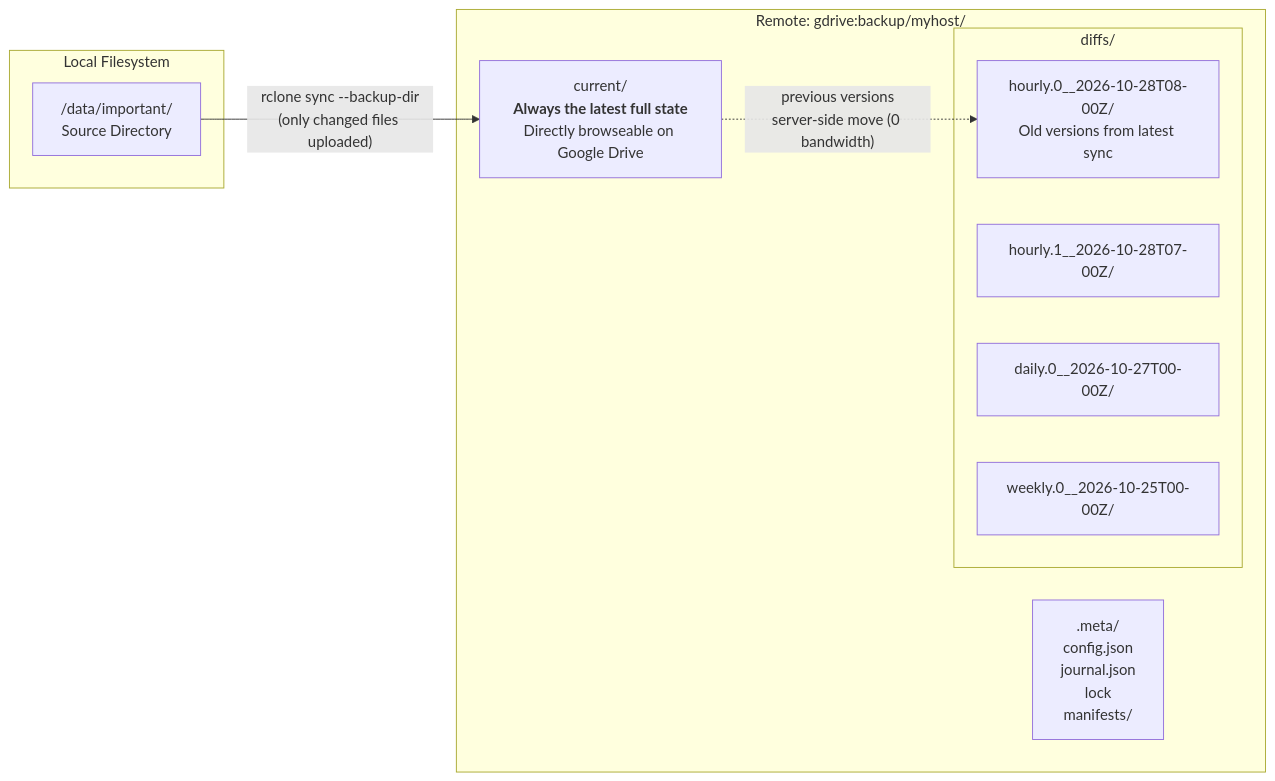
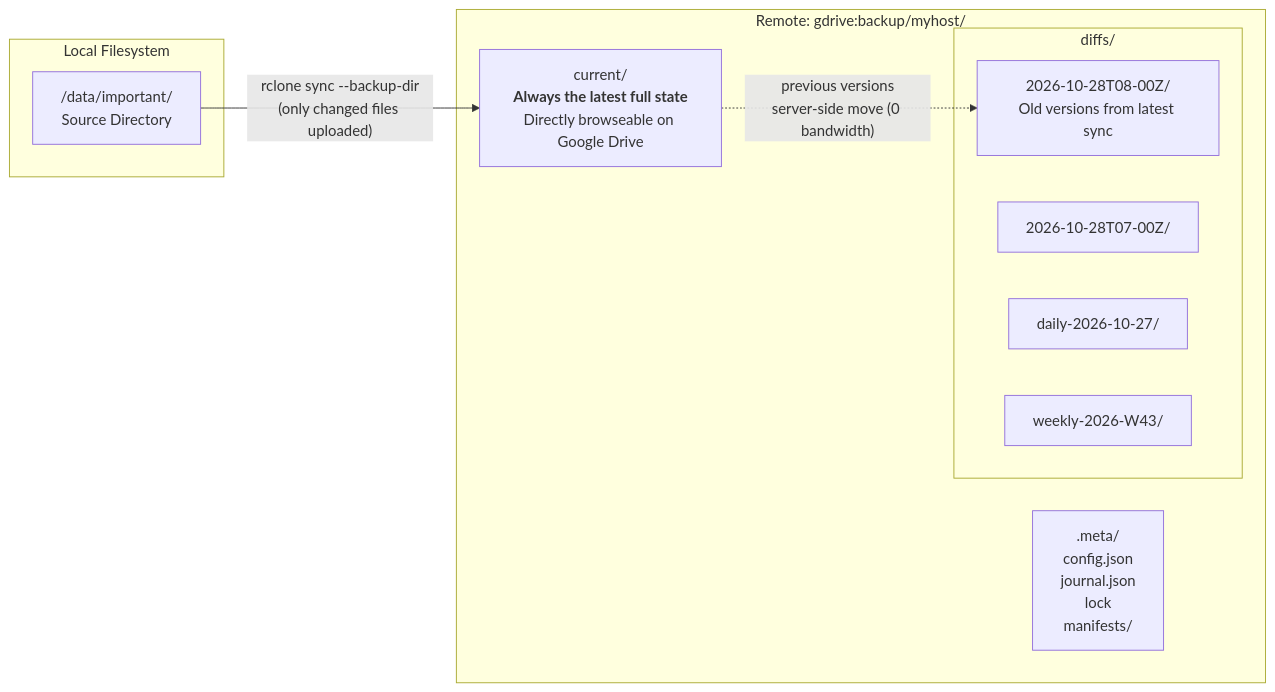
One commit to shabeer/incr_backup changed the first of 3 diagrams in walkthrough.md. Above: the diagram before and after it, drawn with Mermaid. The commit also changed other lines of this file and 23 other files, not shown here.

````diff
--- a/walkthrough.md
+++ b/walkthrough.md
@@ -38,20 +38,20 @@
 ```mermaid
 flowchart LR
     subgraph "Local Filesystem"
         SRC["/data/important/<br/>Source Directory"]
     end
 
     subgraph "Remote: gdrive:backup/myhost/"
         CUR["current/<br/><b>Always the latest full state</b><br/>Directly browseable on Google Drive"]
         subgraph "diffs/"
-            D0["hourly.0__2026-10-28T08-00Z/<br/>Old versions from latest sync"]
-            D1["hourly.1__2026-10-28T07-00Z/"]
-            D2["daily.0__2026-10-27T00-00Z/"]
-            D3["weekly.0__2026-10-25T00-00Z/"]
+            D0["2026-10-28T08-00Z/<br/>Old versions from latest sync"]
+            D1["2026-10-28T07-00Z/"]
+            D2["daily-2026-10-27/"]
+            D3["weekly-2026-W43/"]
         end
         META[".meta/<br/>config.json<br/>journal.json<br/>lock<br/>manifests/"]
     end
 
     SRC -->|"rclone sync --backup-dir<br/>(only changed files uploaded)"| CUR
     CUR -.->|"previous versions<br/>server-side move (0 bandwidth)"| D0
 ```
````
